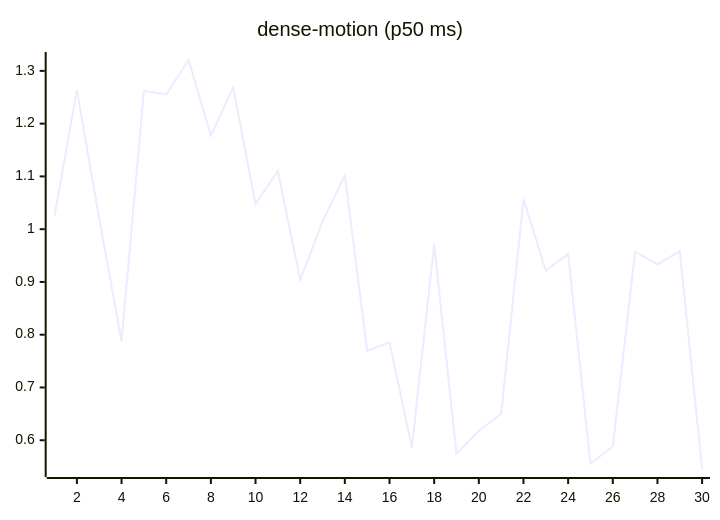
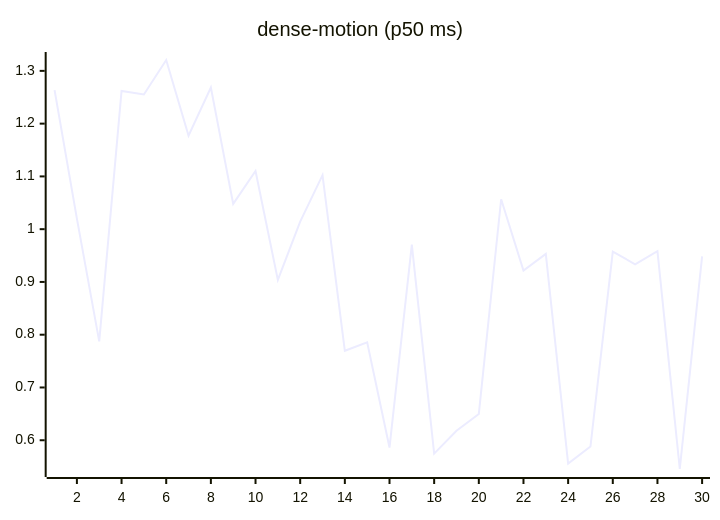
One commit to josha/Facet changed the ninth of 27 diagrams in README.md. Above: the diagram before and after it, drawn with Mermaid. The commit also changed other lines of this file and 2 other files, not shown here.

````diff
--- a/README.md
+++ b/README.md
@@ -119,6 +119,6 @@
 ```mermaid
 xychart-beta
     title "dense-motion (p50 ms)"
     x-axis 1 --> 30
-    line [1.0258, 1.2636, 1.0200, 0.7874, 1.2619, 1.2553, 1.3206, 1.1772, 1.2685, 1.0480, 1.1102, 0.9040, 1.0144, 1.1023, 0.7695, 0.7856, 0.5862, 0.9706, 0.5746, 0.6181, 0.6498, 1.0567, 0.9215, 0.9530, 0.5557, 0.5881, 0.9575, 0.9335, 0.9584, 0.5455]
+    line [1.2636, 1.0200, 0.7874, 1.2619, 1.2553, 1.3206, 1.1772, 1.2685, 1.0480, 1.1102, 0.9040, 1.0144, 1.1023, 0.7695, 0.7856, 0.5862, 0.9706, 0.5746, 0.6181, 0.6498, 1.0567, 0.9215, 0.9530, 0.5557, 0.5881, 0.9575, 0.9335, 0.9584, 0.5455, 0.9484]
 ```
````
